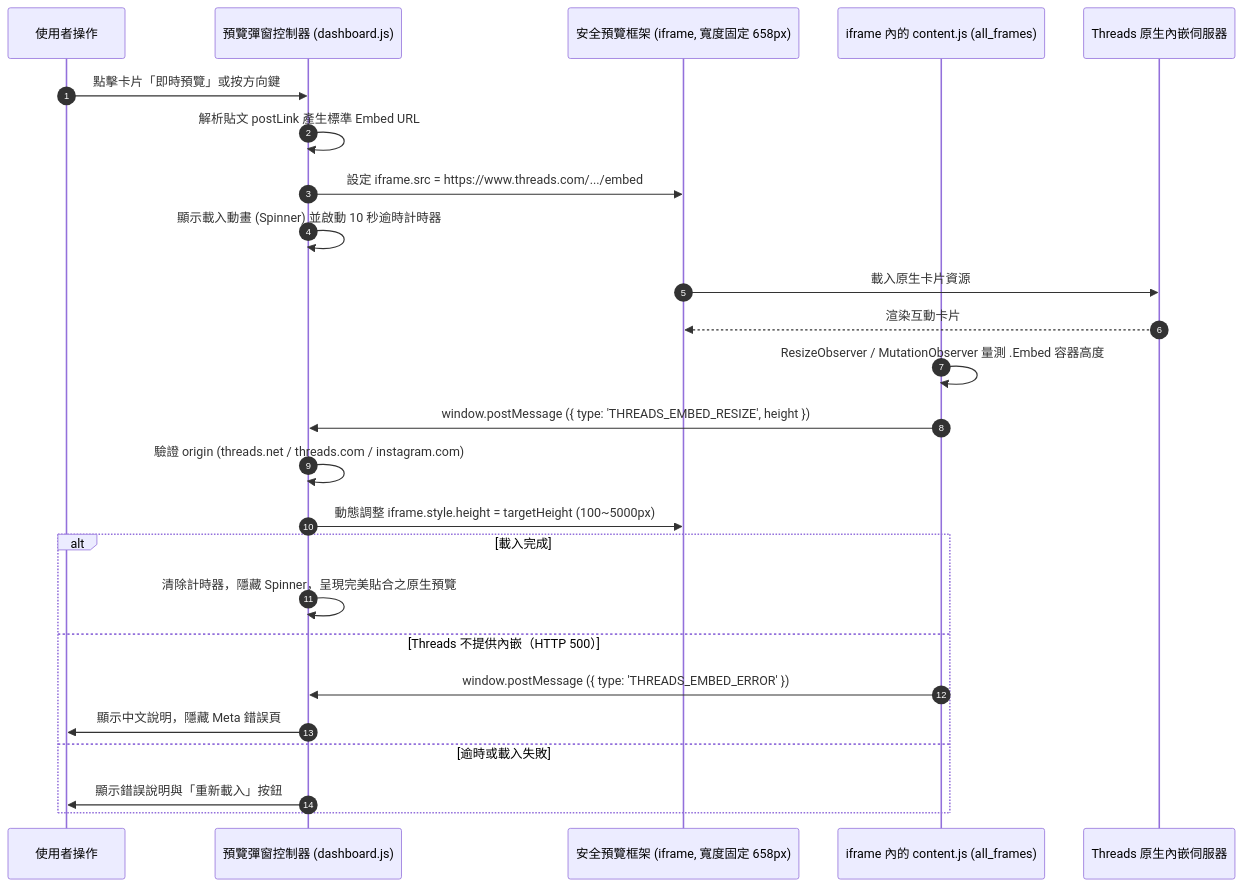
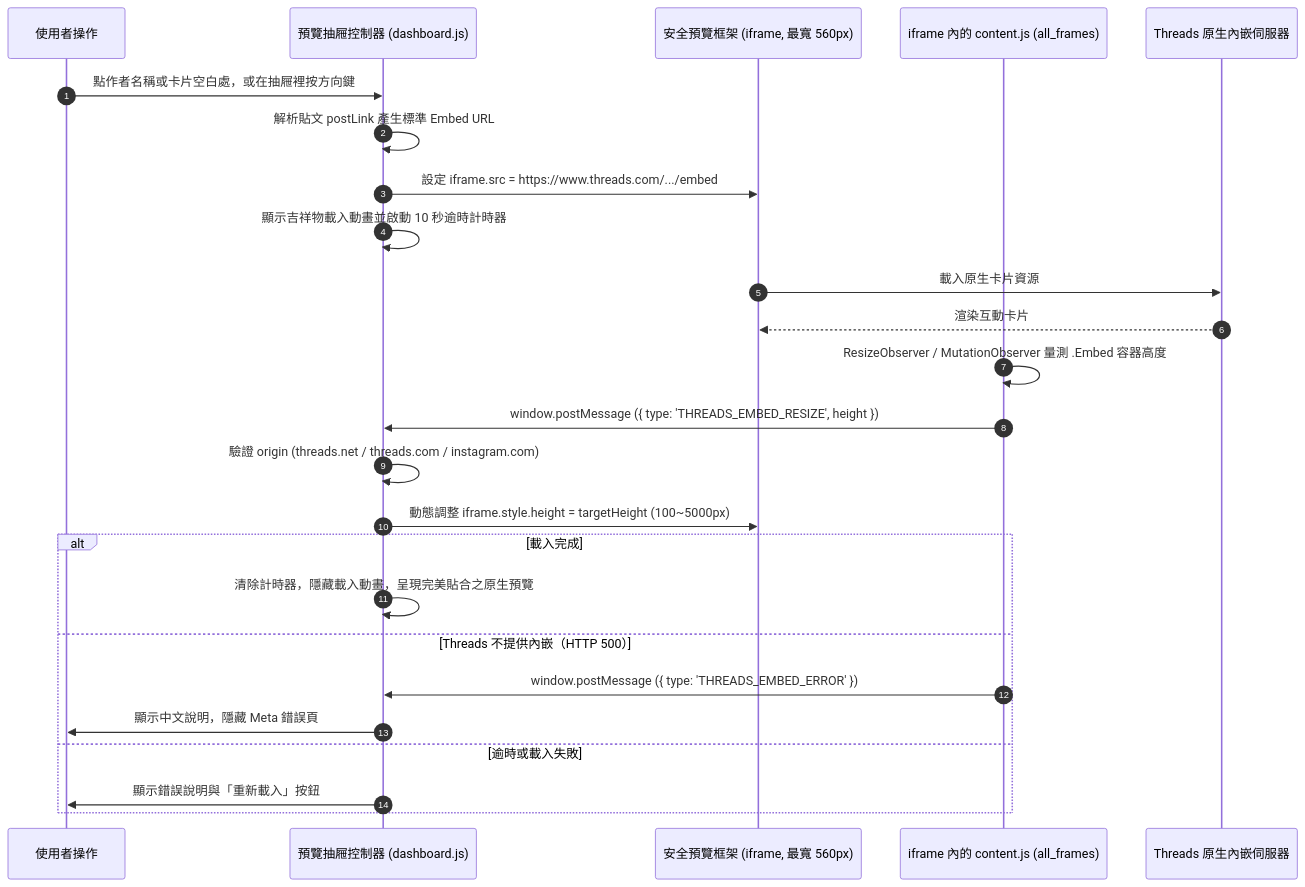
One commit to Scorpio-meow/Threadkeep changed the fourth of 5 diagrams in README.md. Above: the diagram before and after it, drawn with Mermaid. The commit also changed other lines of this file and 26 other files, not shown here.

````diff
--- a/README.md
+++ b/README.md
@@ -420,28 +443,28 @@
 ```mermaid
 sequenceDiagram
     autonumber
     participant User as 使用者操作
-    participant Modal as 預覽彈窗控制器 (dashboard.js)
-    participant Iframe as 安全預覽框架 (iframe, 寬度固定 658px)
+    participant Modal as 預覽抽屜控制器 (dashboard.js)
+    participant Iframe as 安全預覽框架 (iframe, 最寬 560px)
     participant Content as iframe 內的 content.js (all_frames)
     participant ThreadsEmbed as Threads 原生內嵌伺服器
 
-    User->>Modal: 點擊卡片「即時預覽」或按方向鍵
+    User->>Modal: 點作者名稱或卡片空白處，或在抽屜裡按方向鍵
     Modal->>Modal: 解析貼文 postLink 產生標準 Embed URL
     Modal->>Iframe: 設定 iframe.src = https://www.threads.com/.../embed
-    Modal->>Modal: 顯示載入動畫 (Spinner) 並啟動 10 秒逾時計時器
+    Modal->>Modal: 顯示吉祥物載入動畫並啟動 10 秒逾時計時器
     Iframe->>ThreadsEmbed: 載入原生卡片資源
     ThreadsEmbed-->>Iframe: 渲染互動卡片
     Content->>Content: ResizeObserver / MutationObserver 量測 .Embed 容器高度
     Content->>Modal: window.postMessage ({ type: 'THREADS_EMBED_RESIZE', height })
     Modal->>Modal: 驗證 origin (threads.net / threads.com / instagram.com)
     Modal->>Iframe: 動態調整 iframe.style.height = targetHeight (100~5000px)
     alt 載入完成
-        Modal->>Modal: 清除計時器，隱藏 Spinner，呈現完美貼合之原生預覽
+        Modal->>Modal: 清除計時器，隱藏載入動畫，呈現完美貼合之原生預覽
     else Threads 不提供內嵌（HTTP 500）
         Content->>Modal: window.postMessage ({ type: 'THREADS_EMBED_ERROR' })
         Modal->>User: 顯示中文說明，隱藏 Meta 錯誤頁
     else 逾時或載入失敗
         Modal->>User: 顯示錯誤說明與「重新載入」按鈕
     end
 ```
````
